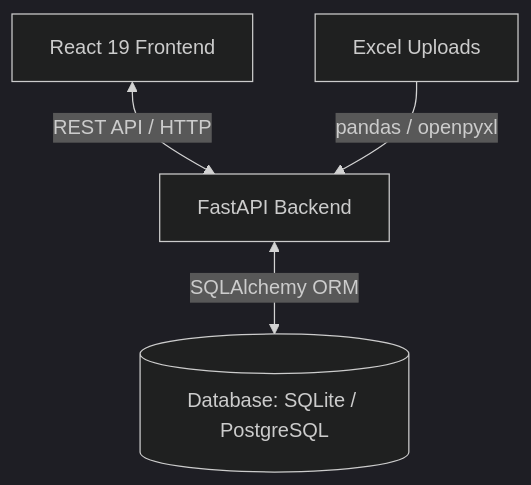
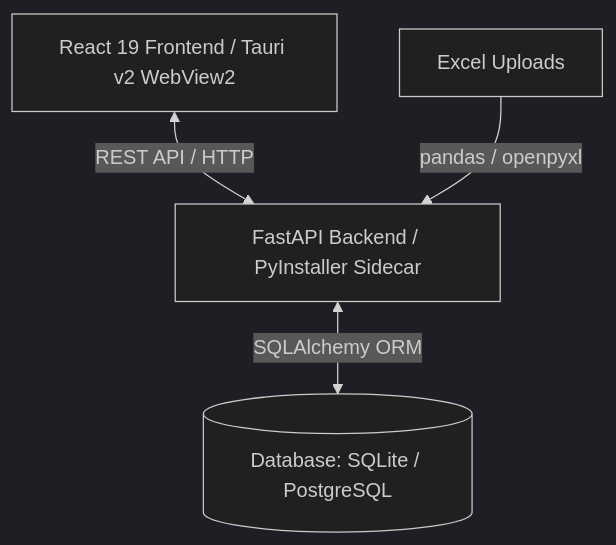
Before and after one commit to daoistmadness/operatoros: the diagram in PROJECT_CONTEXT.md, drawn with Mermaid (dark theme). The commit also changed other lines of this file and 1 other file, not shown here.

````diff
--- a/PROJECT_CONTEXT.md
+++ b/PROJECT_CONTEXT.md
@@ -24,6 +24,6 @@
 ```mermaid
 graph TD
-    Client[React 19 Frontend] <-->|REST API / HTTP| API[FastAPI Backend]
+    Client[React 19 Frontend / Tauri v2 WebView2] <-->|REST API / HTTP| API[FastAPI Backend / PyInstaller Sidecar]
     API <-->|SQLAlchemy ORM| DB[(Database: SQLite / PostgreSQL)]
     Import[Excel Uploads] -->|pandas / openpyxl| API
 ```
````
